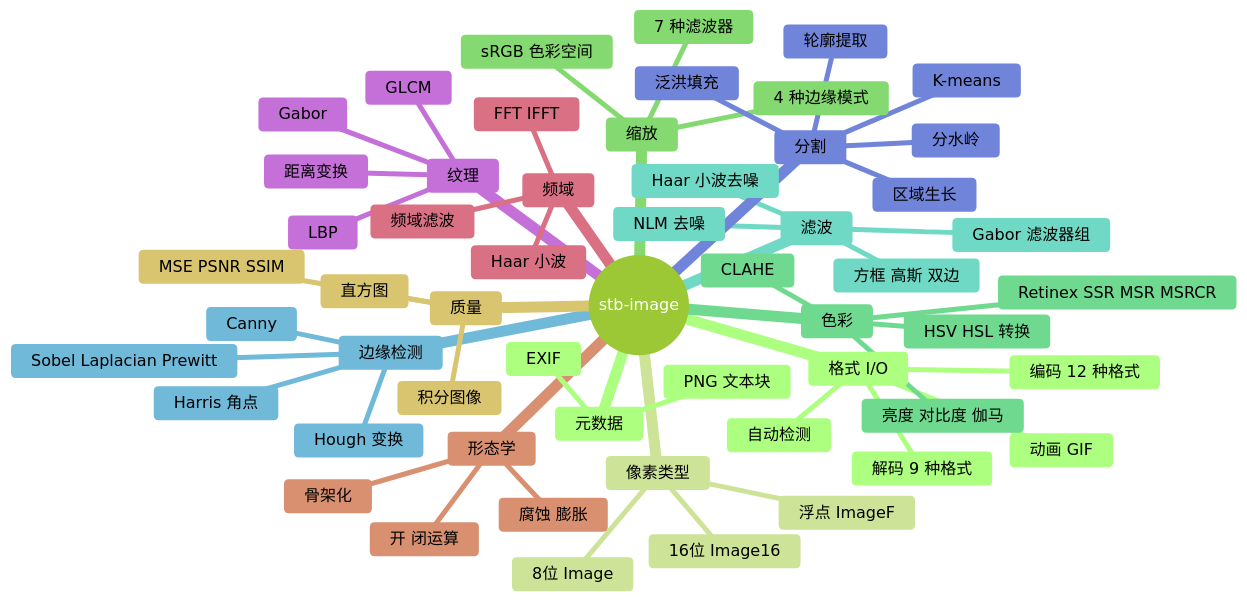
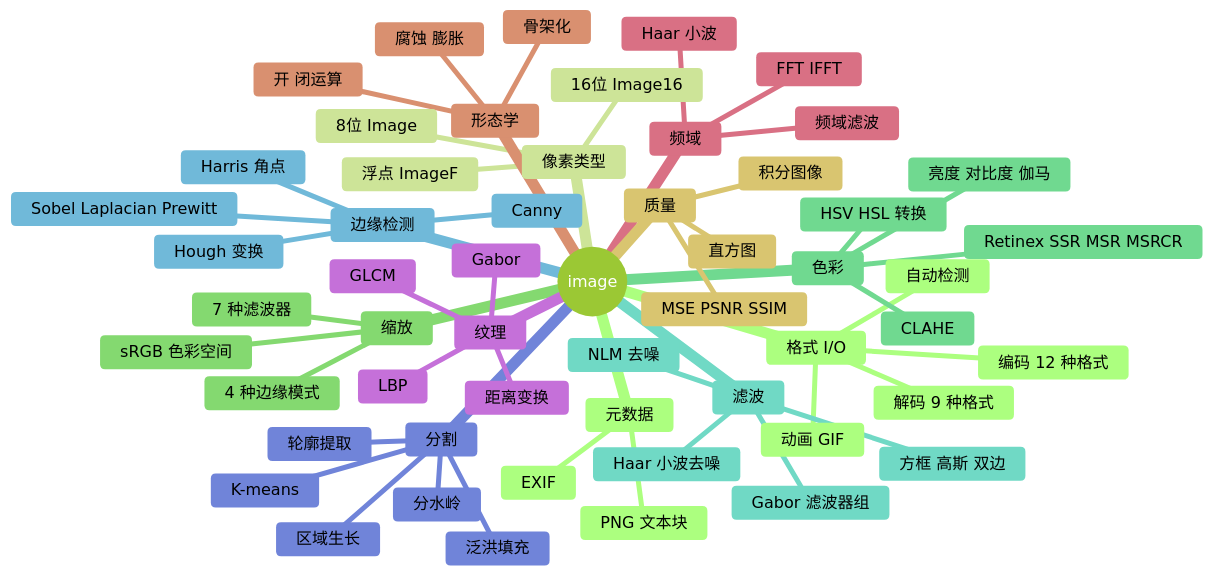
Before and after one commit to toadium/stb-image: the first of 14 diagrams in docs/architecture.md, drawn with Mermaid (forest theme). The commit also changed other lines of this file and 274 other files, not shown here.

````diff
--- a/docs/architecture.md
+++ b/docs/architecture.md
@@ -11,58 +11,58 @@
 ```mermaid
 mindmap
-  root((stb-image))
+  root((image))
     格式 I/O
       解码 9 种格式
       编码 12 种格式
       自动检测
       动画 GIF
     像素类型
       8位 Image
       16位 Image16
       浮点 ImageF
     缩放
       7 种滤波器
       4 种边缘模式
       sRGB 色彩空间
     色彩
       HSV HSL 转换
       亮度 对比度 伽马
       CLAHE
       Retinex SSR MSR MSRCR
     滤波
       方框 高斯 双边
       Gabor 滤波器组
       NLM 去噪
       Haar 小波去噪
     边缘检测
       Sobel Laplacian Prewitt
       Canny
       Harris 角点
       Hough 变换
     分割
       K-means
       区域生长
       分水岭
       轮廓提取
       泛洪填充
     纹理
       LBP
       GLCM
       Gabor
       距离变换
     频域
       FFT IFFT
       频域滤波
       Haar 小波
     形态学
       腐蚀 膨胀
       开 闭运算
       骨架化
     质量
       MSE PSNR SSIM
       直方图
       积分图像
     元数据
       EXIF
       PNG 文本块
 ```
````
